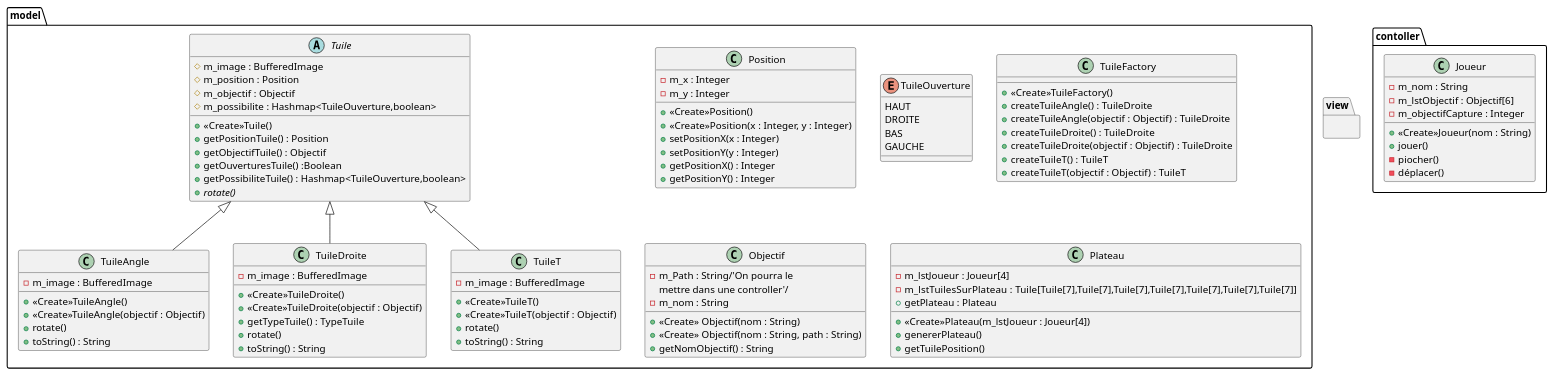
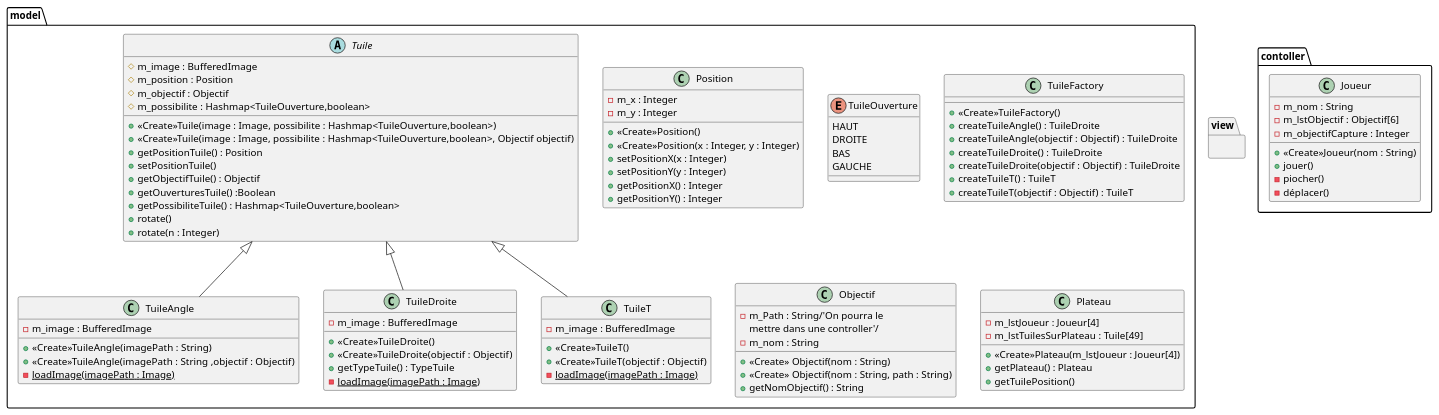
Before and after one commit to alexandreCouton/projet_Labyrinthe: the diagram in UML/Semaine1.puml, drawn with PlantUML. The commit also changed 13 other files, not shown here.

```diff
--- a/UML/Semaine1.puml
+++ b/UML/Semaine1.puml
@@ -1,125 +1,119 @@
 @startuml
-
 package view{
 
 }
 
 
 package model{
-
 
     class Position{
         -m_x : Integer
         -m_y : Integer
         +<<Create>>Position()
         +<<Create>>Position(x : Integer, y : Integer)
         +setPositionX(x : Integer)
         +setPositionY(y : Integer)
         +getPositionX() : Integer
         +getPositionY() : Integer
     }
 
     enum TuileOuverture{
         HAUT
         DROITE
         BAS
         GAUCHE
     }
 
     abstract Tuile{
         #m_image : BufferedImage
         #m_position : Position
         #m_objectif : Objectif
         #m_possibilite : Hashmap<TuileOuverture,boolean>
         /'#m_haut : Boolean
         #m_droite : Boolean
         #m_bas : Boolean
         #m_gauche : Boolean'/
-        +<<Create>>Tuile()
+        +<<Create>>Tuile(image : Image, possibilite : Hashmap<TuileOuverture,boolean>)
+        +<<Create>>Tuile(image : Image, possibilite : Hashmap<TuileOuverture,boolean>, Objectif objectif)
         +getPositionTuile() : Position
+        +setPositionTuile()
         +getObjectifTuile() : Objectif
         +getOuverturesTuile() :Boolean
         +getPossibiliteTuile() : Hashmap<TuileOuverture,boolean>
-        +{abstract}rotate()
+        +rotate()
+        +rotate(n : Integer)
     }
 
     class TuileAngle extends Tuile{
         -m_image : BufferedImage
-        +<<Create>>TuileAngle()
-        +<<Create>>TuileAngle(objectif : Objectif)
-        +rotate()
-        +toString() : String
+        +<<Create>>TuileAngle(imagePath : String)
+        +<<Create>>TuileAngle(imagePath : String ,objectif : Objectif)
+        -{static}loadImage(imagePath : Image)
+        /'+toString() : String'/
     }
     class TuileDroite extends Tuile{
         -m_image : BufferedImage
         +<<Create>>TuileDroite()
         +<<Create>>TuileDroite(objectif : Objectif)
         +getTypeTuile() : TypeTuile
-        +rotate()
-        +toString() : String
+        -{static}loadImage(imagePath : Image)
+        /'+toString() : String'/
     }
     class TuileT extends Tuile{
         -m_image : BufferedImage
         +<<Create>>TuileT()
         +<<Create>>TuileT(objectif : Objectif)
-        +rotate()
-        +toString() : String
+        -{static}loadImage(imagePath : Image)
+        /'+toString() : String'/
     }
     class TuileFactory{
         +<<Create>>TuileFactory()
         +createTuileAngle() : TuileDroite
         +createTuileAngle(objectif : Objectif) : TuileDroite
         +createTuileDroite() : TuileDroite
         +createTuileDroite(objectif : Objectif) : TuileDroite
         +createTuileT() : TuileT
         +createTuileT(objectif : Objectif) : TuileT
     }
 
 
     class Objectif
     {
         -m_Path : String/'On pourra le
         mettre dans une controller'/
         -m_nom : String
         +<<Create>> Objectif(nom : String)
         +<<Create>> Objectif(nom : String, path : String)
         +getNomObjectif() : String
 
     }
 
     class Plateau{
         -m_lstJoueur : Joueur[4]
-        -m_lstTuilesSurPlateau : Tuile[Tuile[7],Tuile[7],Tuile[7],Tuile[7],Tuile[7],Tuile[7],Tuile[7]]
+        -m_lstTuilesSurPlateau : Tuile[49]
         +<<Create>>Plateau(m_lstJoueur : Joueur[4])
         /'Prends 4 joueurs pour les placer etc...'/
-        +genererPlateau()
-        +getPlateau : Plateau
+        +getPlateau() : Plateau
         +getTuilePosition()
     }
 
 
 
 }
 
 package contoller{
 
     class Joueur{
         -m_nom : String
         -m_lstObjectif : Objectif[6]
         -m_objectifCapture : Integer
         +<<Create>>Joueur(nom : String)
         +jouer()
         -piocher()
         /'sera appelé dans la fonction jouer'/
         -déplacer()
         /'sera appelé dans la fonction jouer'/
     }
 
 }
-
-
-
-
-
-
 @enduml
```
